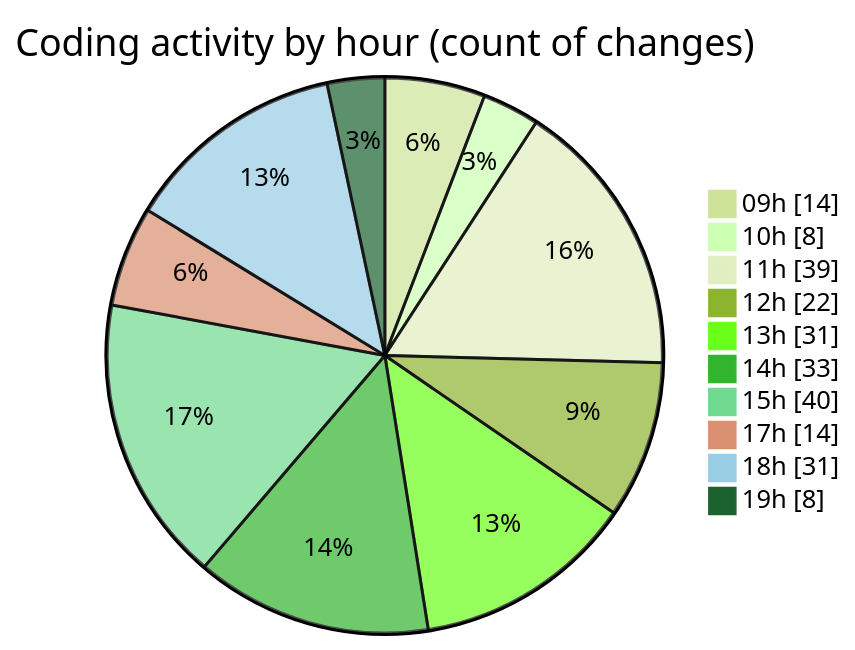
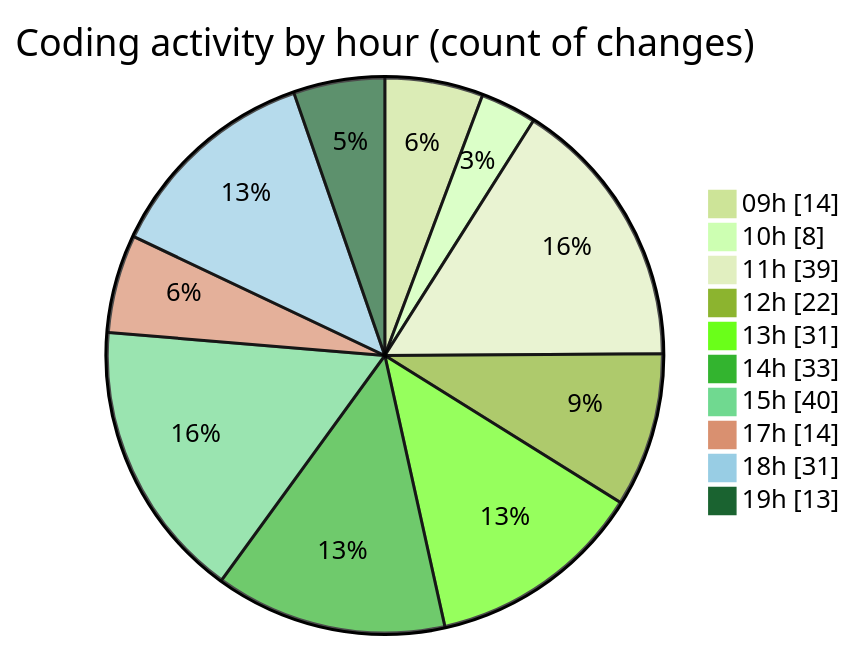
One commit to momahboobian/code-tracking changed the second of 2 diagrams in 2025-02-07/cda/README.md. Above: the diagram before and after it, drawn with Mermaid (forest theme). The commit also changed other lines of this file and 1 other file, not shown here.

````diff
--- a/2025-02-07/cda/README.md
+++ b/2025-02-07/cda/README.md
@@ -70,14 +70,14 @@
 ```mermaid
 pie showData
 title Coding activity by hour (count of changes)
 "09h" : 14
 "10h" : 8
 "11h" : 39
 "12h" : 22
 "13h" : 31
 "14h" : 33
 "15h" : 40
 "17h" : 14
 "18h" : 31
-"19h" : 8
+"19h" : 13
 ```
````
